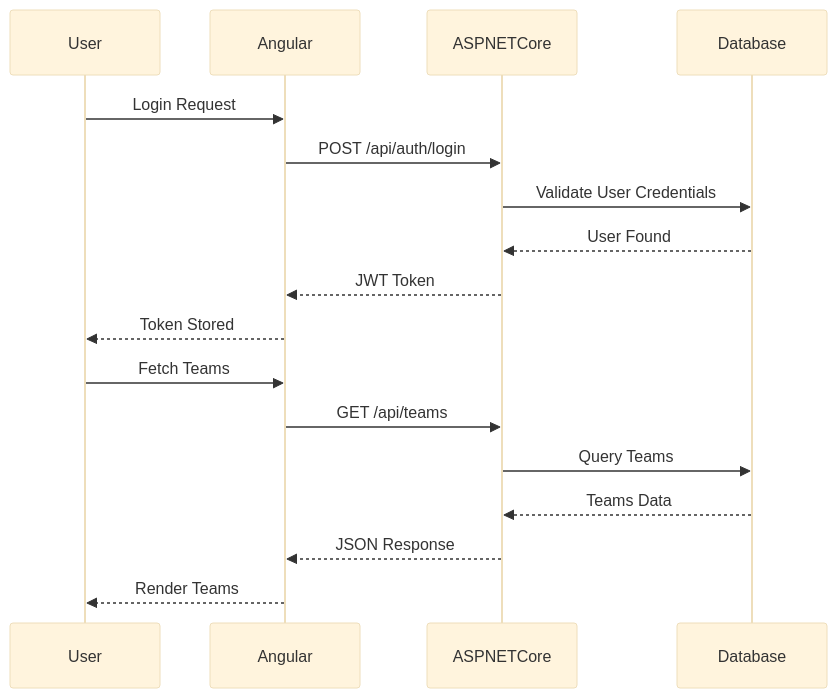
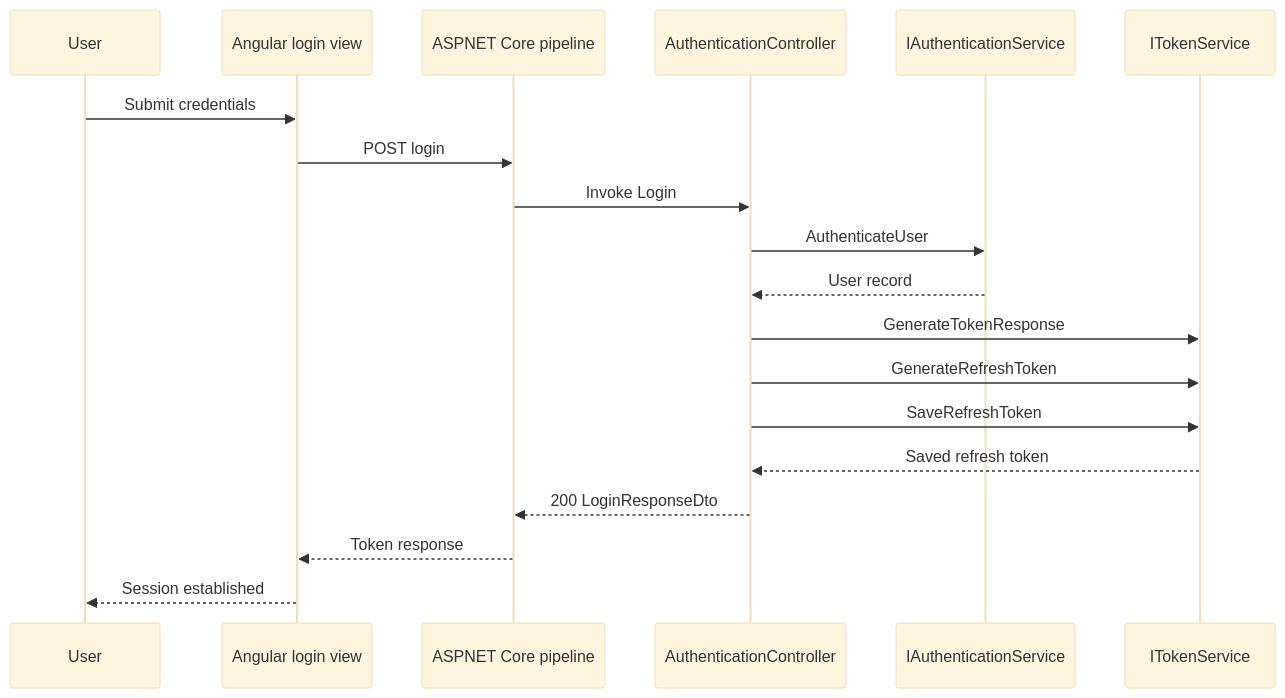
Before and after one commit to Ahtat204/TeamHub: the third of 4 diagrams in README.md, drawn with Mermaid (base theme). The commit also changed other lines of this file, not shown here.

````diff
--- a/README.md
+++ b/README.md
@@ -72,19 +445,22 @@
 ```mermaid
 sequenceDiagram
-participant User
-participant Angular
-participant ASPNETCore
-participant Database
-User ->>Angular: Login Request
-Angular ->>ASPNETCore: POST /api/auth/login
-ASPNETCore->>Database: Validate User Credentials
-Database -->>ASPNETCore: User Found
-ASPNETCore -->>Angular: JWT Token
-Angular -->>User: Token Stored
-User ->>Angular: Fetch Teams
-Angular ->>ASPNETCore: GET /api/teams
-ASPNETCore->>Database: Query Teams
-Database -->>ASPNETCore: Teams Data
-ASPNETCore -->>Angular: JSON Response
-Angular -->>User: Render Teams
+    participant U as User
+    participant A as Angular login view
+    participant S as ASPNET Core pipeline
+    participant C as AuthenticationController
+    participant Auth as IAuthenticationService
+    participant Tok as ITokenService
+
+    U->>A: Submit credentials
+    A->>S: POST login
+    S->>C: Invoke Login
+    C->>Auth: AuthenticateUser
+    Auth-->>C: User record
+    C->>Tok: GenerateTokenResponse
+    C->>Tok: GenerateRefreshToken
+    C->>Tok: SaveRefreshToken
+    Tok-->>C: Saved refresh token
+    C-->>S: 200 LoginResponseDto
+    S-->>A: Token response
+    A-->>U: Session established
 ```
````
